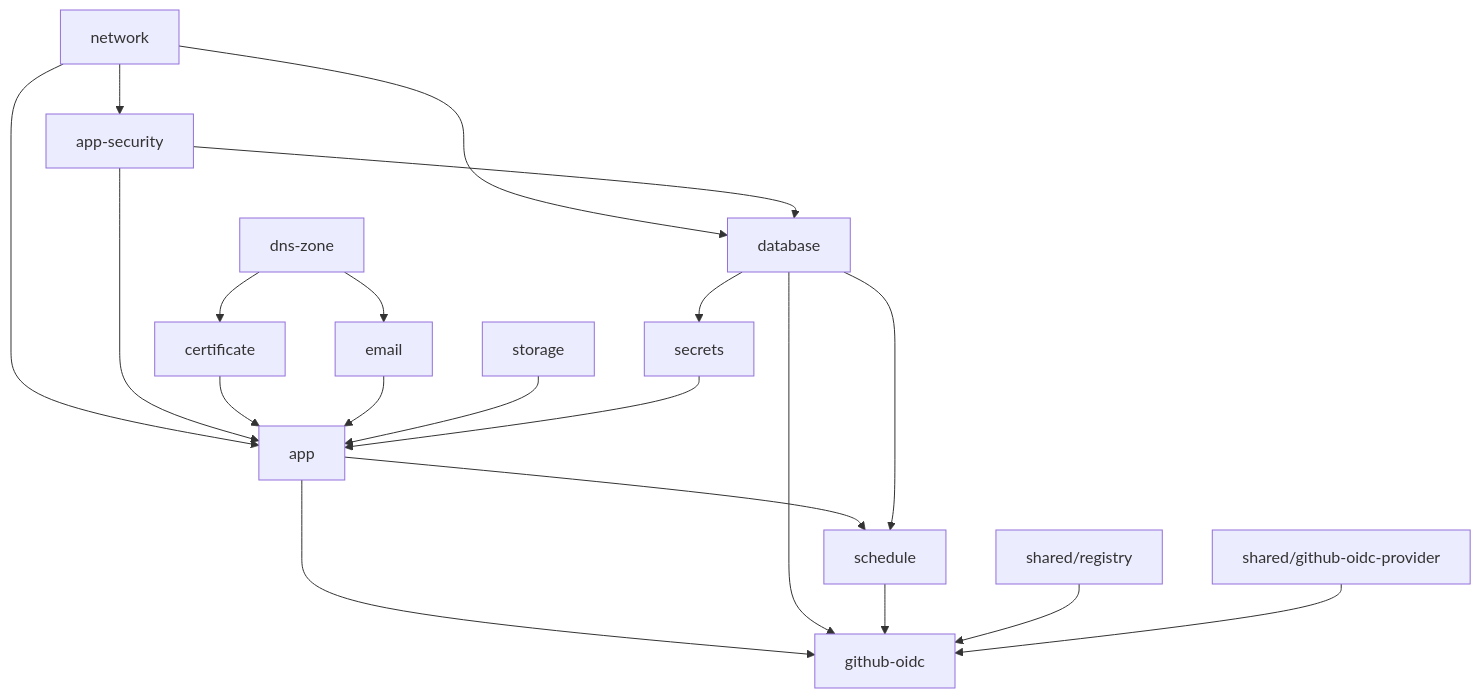
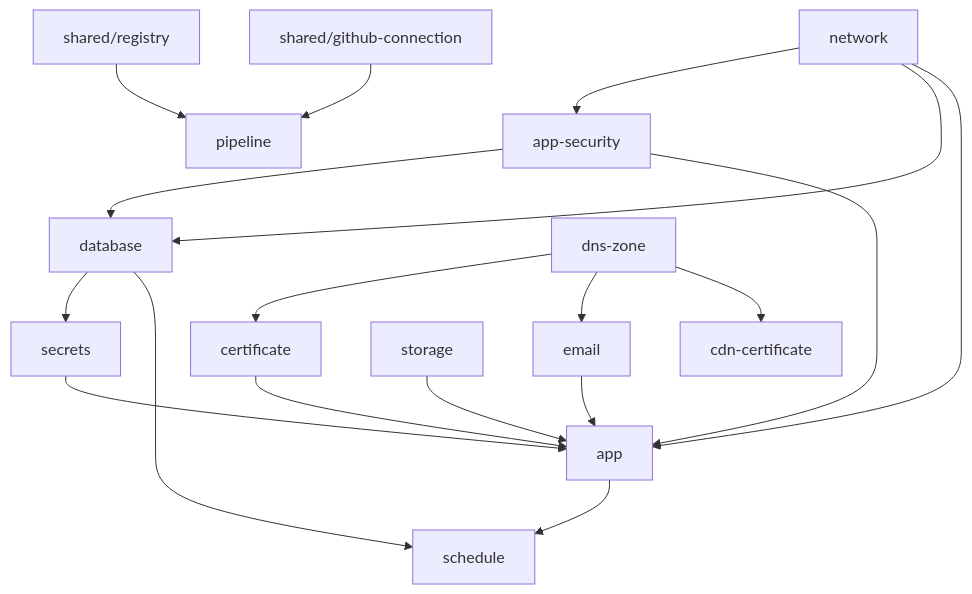
The second of 2 diagrams in infra/README.md (sergioortiz17/AcademiaDigital), drawn with Mermaid before and after one commit. The commit also changed other lines of this file and 26 other files, not shown here.

First line of the commit message:
feat(infra): CI/CD con CodePipeline y CodeBuild arm64 en lugar de OIDC

````diff
--- a/infra/README.md
+++ b/infra/README.md
@@ -85,13 +85,13 @@
 ```mermaid
 flowchart TD
     network --> app-security
     network --> database
     app-security --> database
     dns-zone --> certificate
     dns-zone --> email
     database --> secrets
     network & app-security & certificate & email & storage & secrets --> app
     app & database --> schedule
-    app & database & schedule --> github-oidc
-    registry[shared/registry] & oidc[shared/github-oidc-provider] --> github-oidc
+    dns-zone --> cdn-certificate
+    registry[shared/registry] & conn[shared/github-connection] --> pipeline
 ```
````
